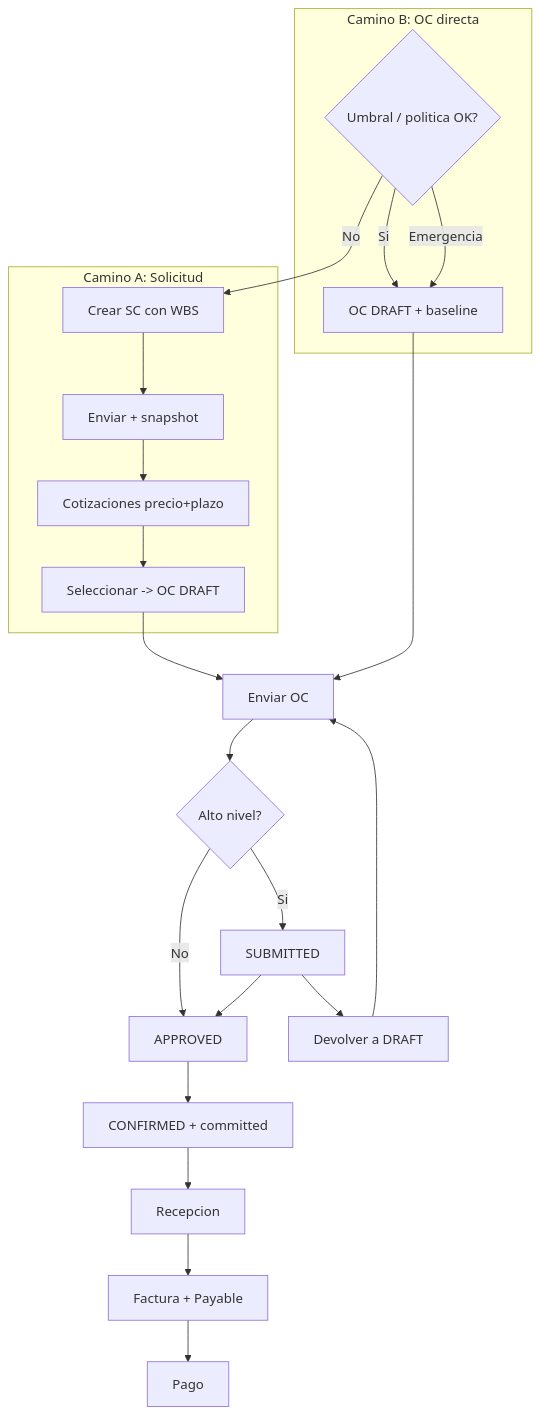
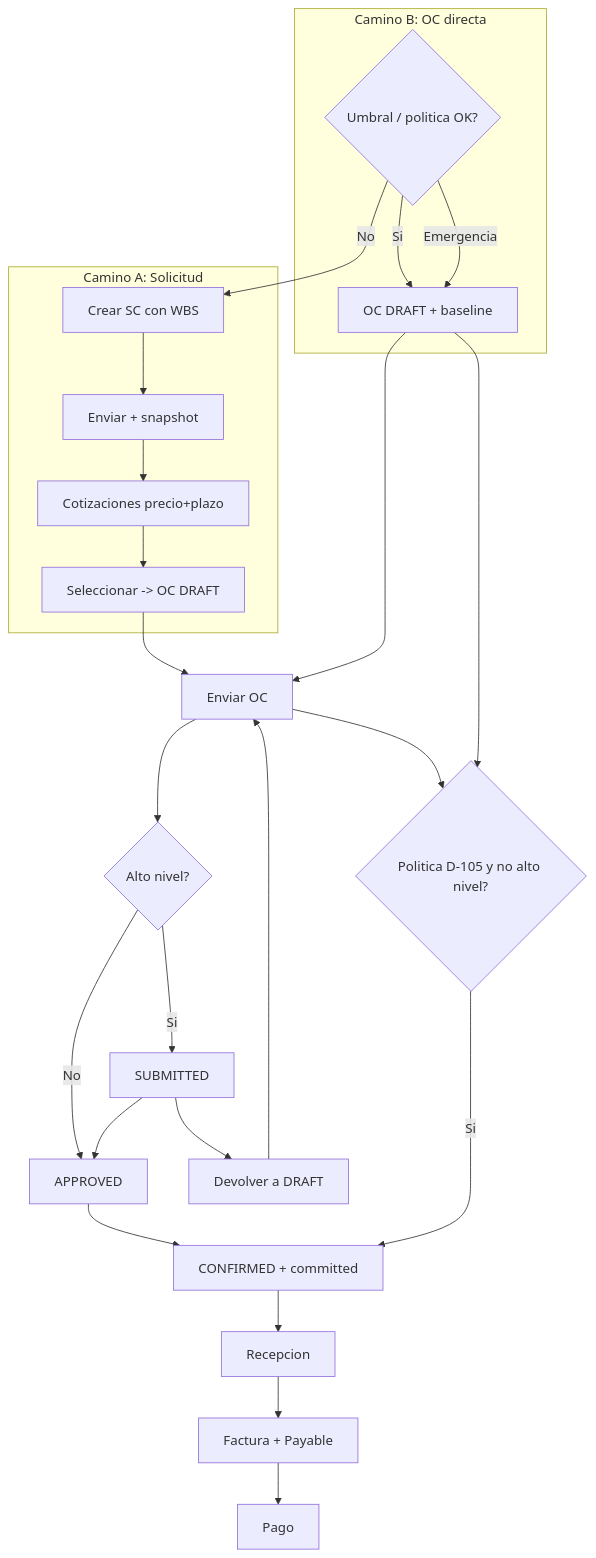
The diagram in docs/bloqer2.0/05-workflows/REGISTER_PURCHASE.md (simonbravin/bloqer-v2), drawn with Mermaid before and after one commit. The commit also changed other lines of this file and 109 other files, not shown here.

````diff
--- a/docs/bloqer2.0/05-workflows/REGISTER_PURCHASE.md
+++ b/docs/bloqer2.0/05-workflows/REGISTER_PURCHASE.md
@@ -82,26 +83,29 @@
 ```mermaid
 flowchart TD
   subgraph caminoA [Camino A: Solicitud]
     PR[Crear SC con WBS] --> PRsub[Enviar + snapshot]
     PRsub --> Q[Cotizaciones precio+plazo]
     Q --> Sel[Seleccionar -> OC DRAFT]
   end
   subgraph caminoB [Camino B: OC directa]
     Pol{Umbral / politica OK?}
     Pol -- Si --> OD[OC DRAFT + baseline]
     Pol -- No --> PR
     Pol -- Emergencia --> OD
   end
   Sel --> Sub[Enviar OC]
   OD --> Sub
   Sub --> Hi{Alto nivel?}
   Hi -- No --> App[APPROVED]
   Hi -- Si --> Wait[SUBMITTED]
   Wait --> App
   Wait --> Back[Devolver a DRAFT]
   Back --> Sub
   App --> Conf[CONFIRMED + committed]
+  Sub --> Shortcut{Politica D-105 y no alto nivel?}
+  OD --> Shortcut
+  Shortcut -- Si --> Conf
   Conf --> Rec[Recepcion]
   Rec --> Inv[Factura + Payable]
   Inv --> Pay[Pago]
 ```
````
